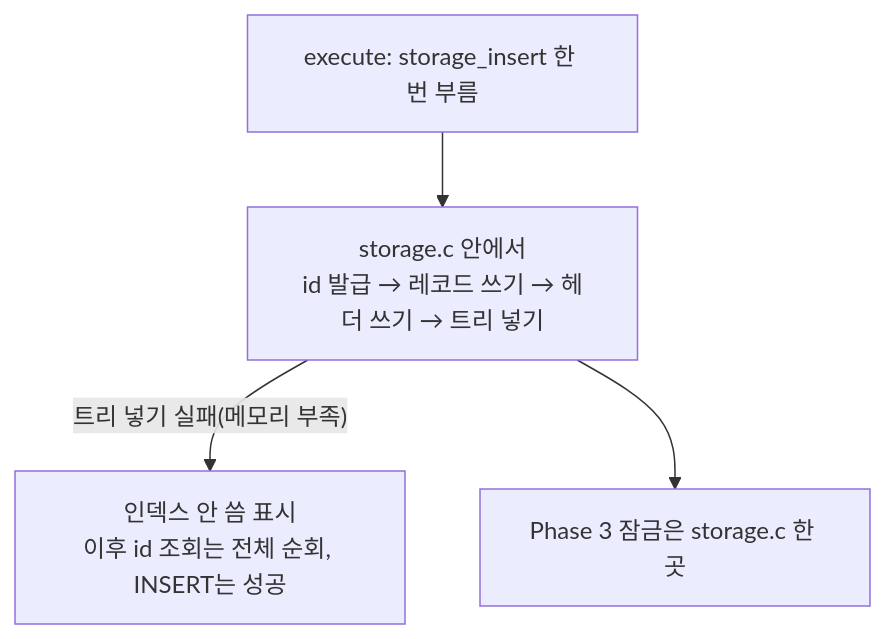
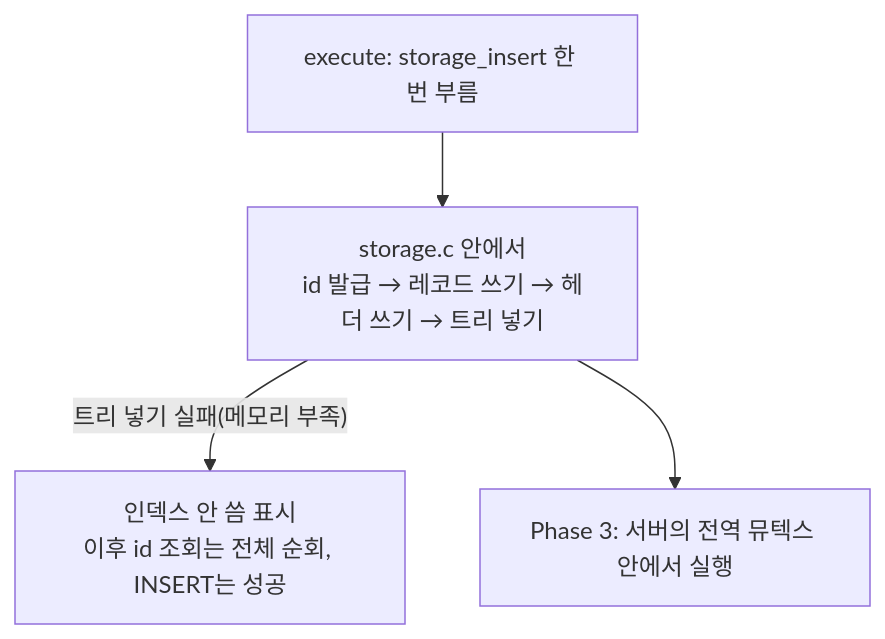
One commit to NARi3040/KJG-SW-AI-W11-DBMS changed the third of 6 diagrams in docs/phase2-3.md. Above: the diagram before and after it, drawn with Mermaid. The commit also changed other lines of this file, not shown here.

Commit message:
docs: Phase 2·3 이슈 분할과 잠금 위치 반영

````diff
--- a/docs/phase2-3.md
+++ b/docs/phase2-3.md
@@ -86,6 +122,6 @@
 ```mermaid
 flowchart TD
   A1["execute: storage_insert 한 번 부름"] --> A2["storage.c 안에서<br/>id 발급 → 레코드 쓰기 → 헤더 쓰기 → 트리 넣기"]
   A2 -->|"트리 넣기 실패(메모리 부족)"| A4["인덱스 안 씀 표시<br/>이후 id 조회는 전체 순회, INSERT는 성공"]
-  A2 --> A3["Phase 3 잠금은 storage.c 한 곳"]
+  A2 --> A3["Phase 3: 서버의 전역 뮤텍스 안에서 실행"]
 ```
````
